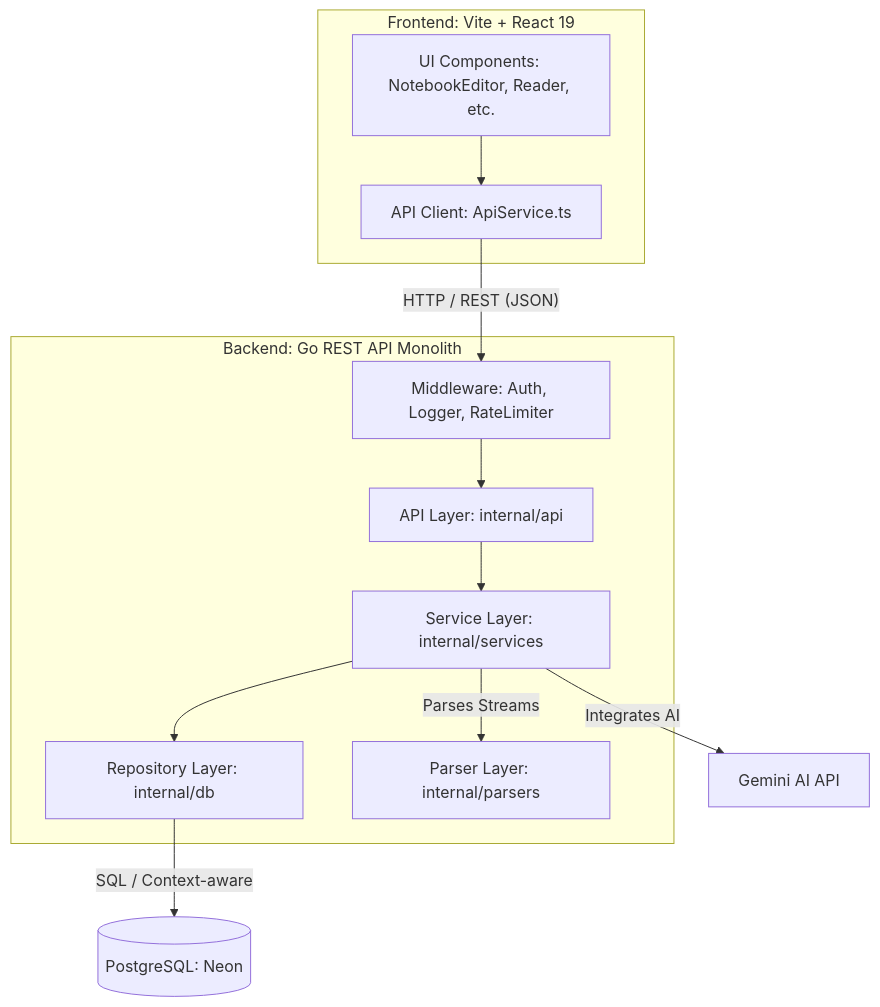
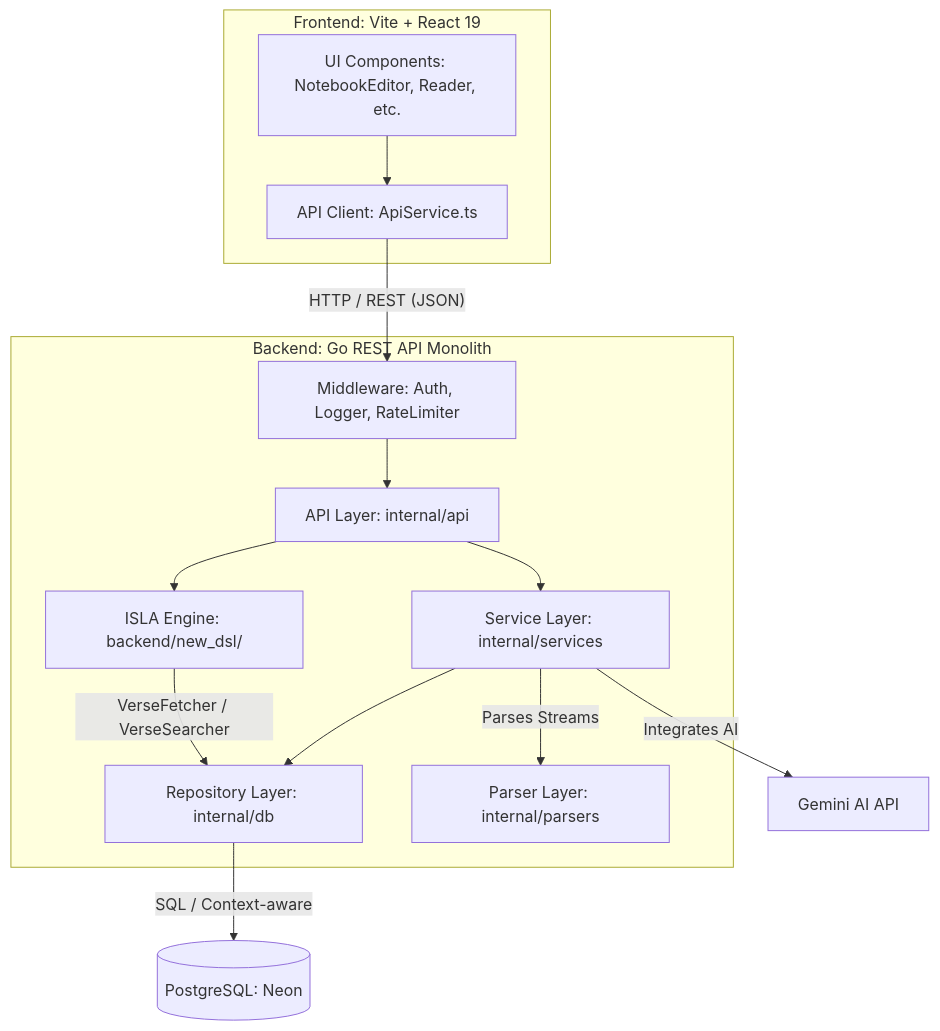
Before and after one commit to mvirtai/clible-v3-go: the first of 3 diagrams in docs/architecture/overview.md, drawn with Mermaid. The commit also changed other lines of this file and 70 other files, not shown here.

````diff
--- a/docs/architecture/overview.md
+++ b/docs/architecture/overview.md
@@ -13,27 +18,30 @@
 ```mermaid
 graph TD
     subgraph Frontend_App ["Frontend: Vite + React 19"]
         UI["UI Components: NotebookEditor, Reader, etc."]
         API_CLIENT["API Client: ApiService.ts"]
     end
 
     subgraph Backend_App ["Backend: Go REST API Monolith"]
         MW_LAYER["Middleware: Auth, Logger, RateLimiter"]
         API_LAYER["API Layer: internal/api"]
         SVC_LAYER["Service Layer: internal/services"]
+        ISLA_ENGINE["ISLA Engine: backend/new_dsl/"]
         REP_LAYER["Repository Layer: internal/db"]
         PRS_LAYER["Parser Layer: internal/parsers"]
     end
 
     DB[("PostgreSQL: Neon")]
     AI["Gemini AI API"]
 
     UI --> API_CLIENT
     API_CLIENT -->|"HTTP / REST (JSON)"| MW_LAYER
     MW_LAYER --> API_LAYER
     API_LAYER --> SVC_LAYER
+    API_LAYER --> ISLA_ENGINE
     SVC_LAYER --> REP_LAYER
     SVC_LAYER -->|"Parses Streams"| PRS_LAYER
     SVC_LAYER -->|"Integrates AI"| AI
+    ISLA_ENGINE -->|"VerseFetcher / VerseSearcher"| REP_LAYER
     REP_LAYER -->|"SQL / Context-aware"| DB
 ```
````
